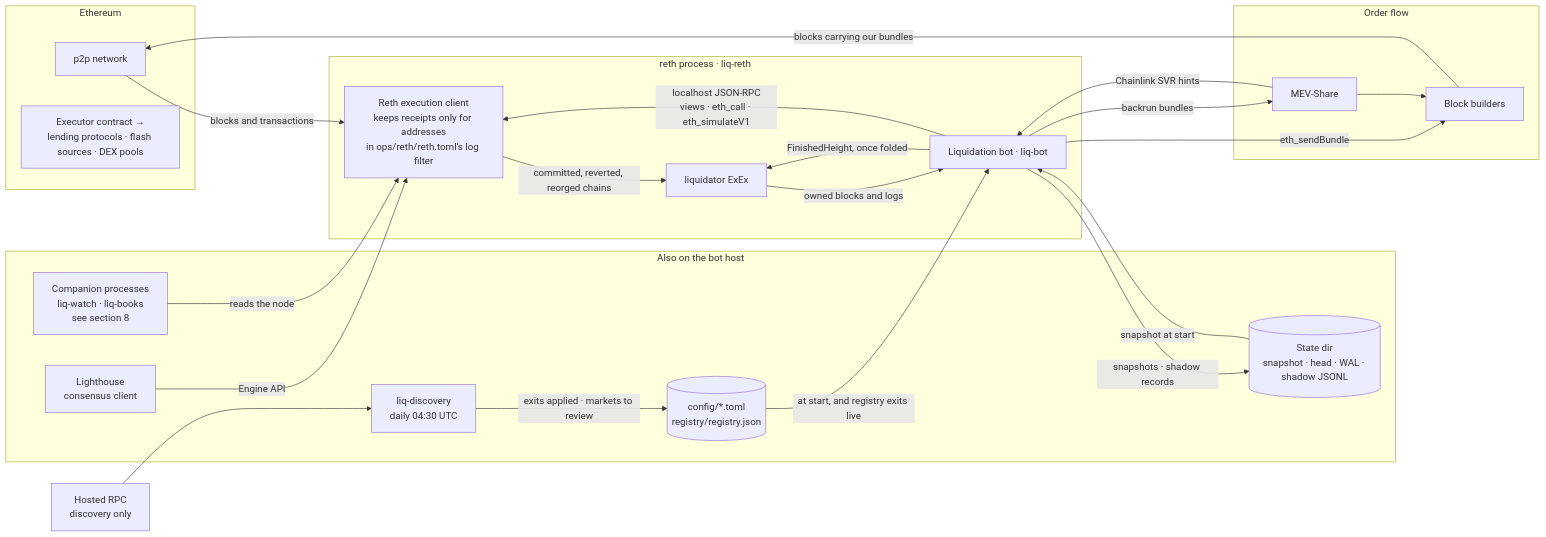
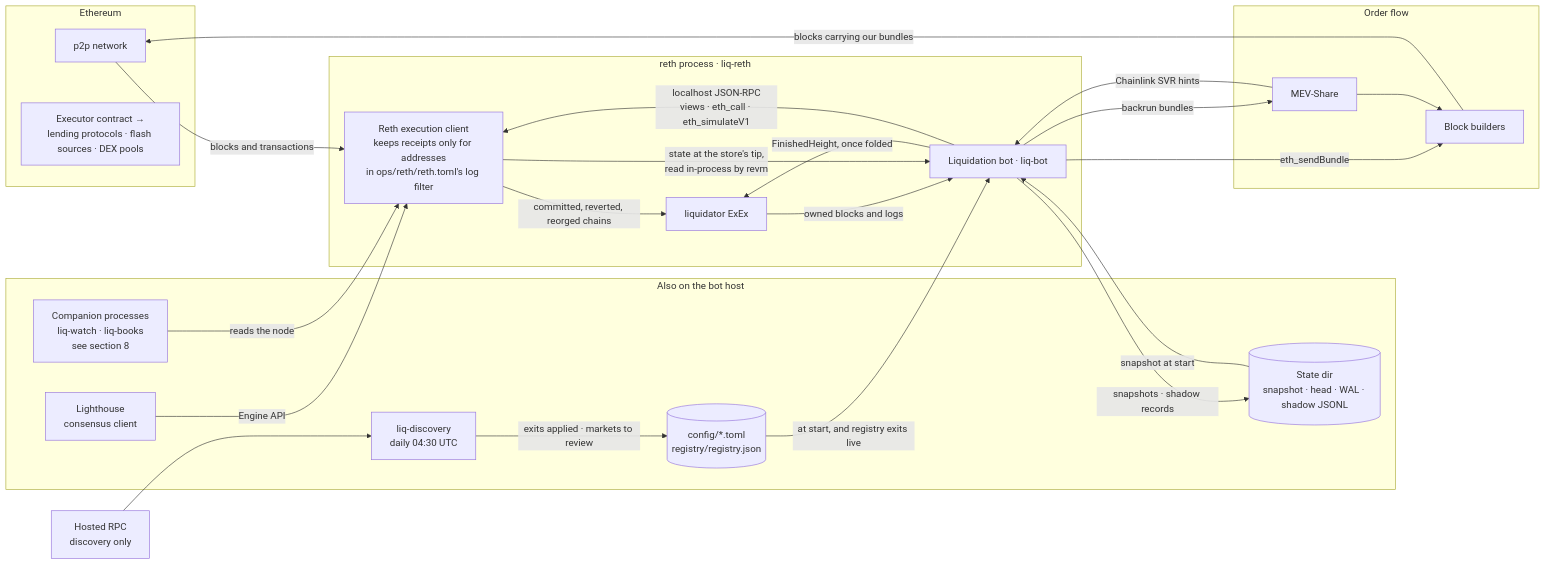
One commit to appCryptoCrucible/liquidation changed the first of 9 diagrams in README.md. Above: the diagram before and after it, drawn with Mermaid. The commit also changed other lines of this file and 58 other files, not shown here.

````diff
--- a/README.md
+++ b/README.md
@@ -37,46 +37,47 @@
 ```mermaid
 flowchart LR
     subgraph eth["Ethereum"]
         P2P["p2p network"]
         CHAIN["Executor contract →<br/>lending protocols · flash sources · DEX pools"]
     end
 
     subgraph proc["reth process · liq-reth"]
         RETH["Reth execution client<br/>keeps receipts only for addresses<br/>in ops/reth/reth.toml's log filter"]
         EXEX["liquidator ExEx"]
         BOT["Liquidation bot · liq-bot"]
     end
 
     subgraph host["Also on the bot host"]
         LH["Lighthouse<br/>consensus client"]
         STATE[("State dir<br/>snapshot · head · WAL · shadow JSONL")]
         CFG[("config/*.toml<br/>registry/registry.json")]
         DISC["liq-discovery<br/>daily 04:30 UTC"]
         COMP["Companion processes<br/>liq-watch · liq-books<br/>see section 8"]
     end
 
     subgraph flow["Order flow"]
         MEVS["MEV-Share"]
         BUILDERS["Block builders"]
     end
 
     HOSTED["Hosted RPC<br/>discovery only"]
 
     P2P -->|"blocks and transactions"| RETH
     LH -->|"Engine API"| RETH
     RETH -->|"committed, reverted, reorged chains"| EXEX
     EXEX -->|"owned blocks and logs"| BOT
     BOT -->|"FinishedHeight, once folded"| EXEX
     BOT -->|"localhost JSON-RPC<br/>views · eth_call · eth_simulateV1"| RETH
+    RETH -->|"state at the store's tip,<br/>read in-process by revm"| BOT
     STATE -->|"snapshot at start"| BOT
     BOT -->|"snapshots · shadow records"| STATE
     CFG -->|"at start, and registry exits live"| BOT
     MEVS -->|"Chainlink SVR hints"| BOT
     BOT -->|"backrun bundles"| MEVS
     BOT -->|"eth_sendBundle"| BUILDERS
     MEVS --> BUILDERS
     BUILDERS -->|"blocks carrying our bundles"| P2P
     HOSTED --> DISC
     DISC -->|"exits applied · markets to review"| CFG
     COMP -->|"reads the node"| RETH
 ```
````
